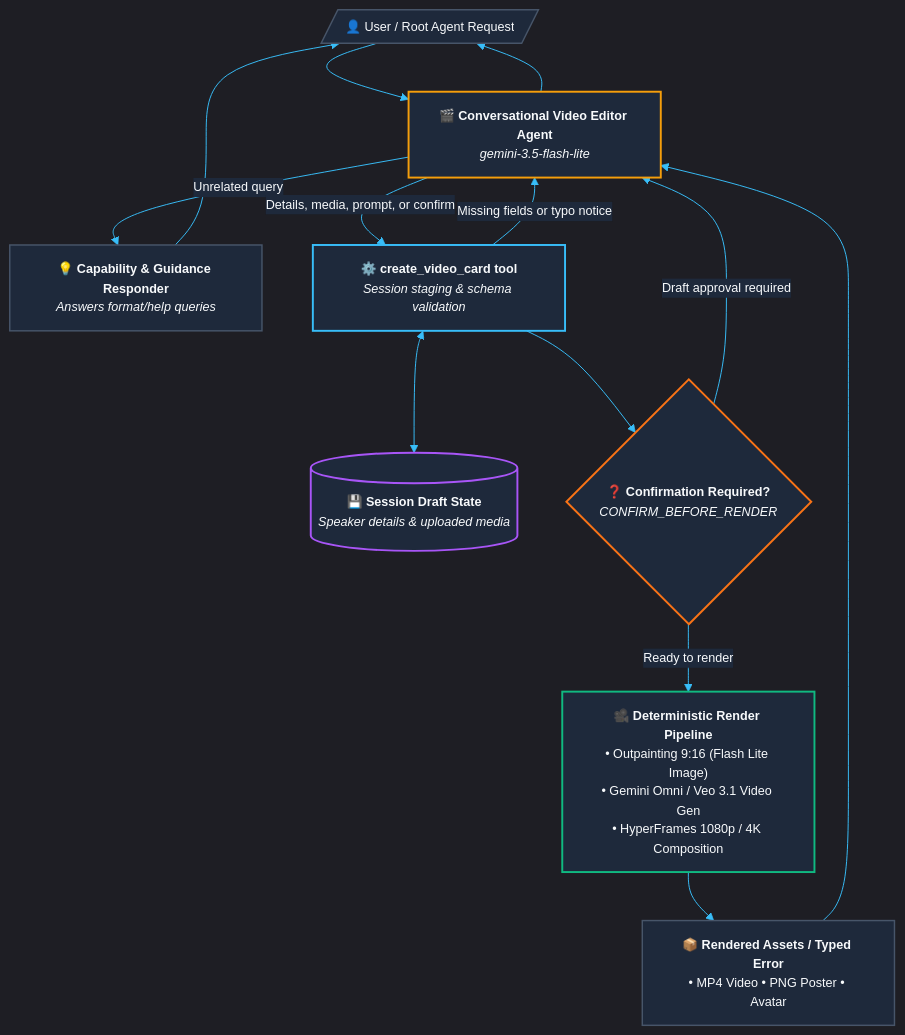
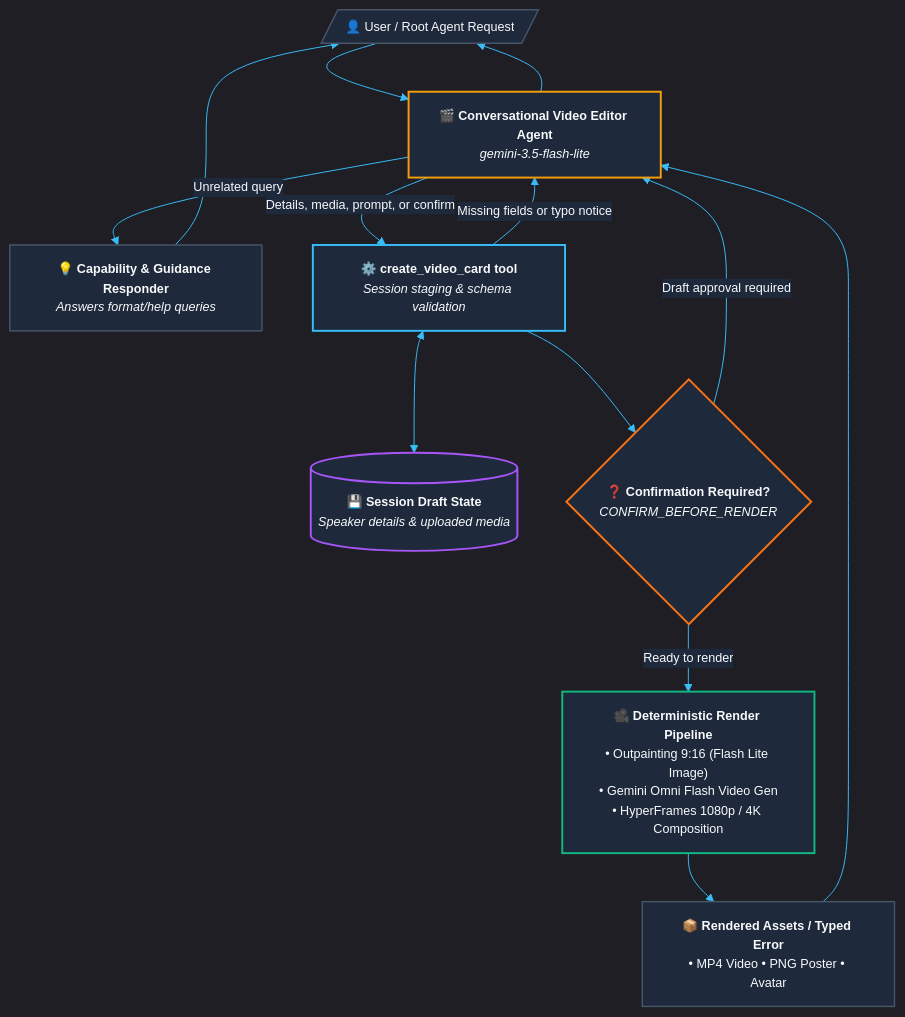
One commit to aplachykau-git/gdg_agents changed the diagram in agents/video_editor/docs/video_editor_dag.mmd. Above: the diagram before and after it, drawn with Mermaid. The commit also changed 22 other files, not shown here.

```diff
--- a/agents/video_editor/docs/video_editor_dag.mmd
+++ b/agents/video_editor/docs/video_editor_dag.mmd
@@ -1,58 +1,58 @@
 %%{init: {
   'theme': 'dark',
   'themeVariables': {
     'darkMode': true,
     'background': '#0f172a',
     'primaryColor': '#1e293b',
     'primaryTextColor': '#f8fafc',
     'primaryBorderColor': '#f59e0b',
     'lineColor': '#38bdf8',
     'textColor': '#f8fafc',
     'fontSize': '13px',
     'fontFamily': 'Inter, system-ui, -apple-system, sans-serif',
     'clusterBkg': '#131926',
     'clusterBorder': '#334155',
     'edgeLabelBackground': '#1e293b',
     'tertiaryColor': '#1e293b',
     'tertiaryBorderColor': '#334155',
     'nodeBorder': '#38bdf8',
     'mainBkg': '#1e293b',
     'nodeTextColor': '#f8fafc'
   }
 }}%%
 
 flowchart TD
     User[/"👤 User / Root Agent Request"/]
     Agent["🎬 <b>Conversational Video Editor Agent</b><br/><i>gemini-3.5-flash-lite</i>"]
     Help["💡 <b>Capability & Guidance Responder</b><br/><i>Answers format/help queries</i>"]
     Tool["⚙️ <b>create_video_card tool</b><br/><i>Session staging & schema validation</i>"]
     Draft[("💾 <b>Session Draft State</b><br/><i>Speaker details & uploaded media</i>")]
     Confirm{"❓ <b>Confirmation Required?</b><br/><i>CONFIRM_BEFORE_RENDER</i>"}
-    Render["🎥 <b>Deterministic Render Pipeline</b><br/>• Outpainting 9:16 (Flash Lite Image)<br/>• Gemini Omni / Veo 3.1 Video Gen<br/>• HyperFrames 1080p / 4K Composition"]
+    Render["🎥 <b>Deterministic Render Pipeline</b><br/>• Outpainting 9:16 (Flash Lite Image)<br/>• Gemini Omni Flash Video Gen<br/>• HyperFrames 1080p / 4K Composition"]
     Result["📦 <b>Rendered Assets / Typed Error</b><br/>• MP4 Video • PNG Poster • Avatar"]
 
     User --> Agent
     Agent -->|Unrelated query| Help
     Help --> User
     Agent -->|Details, media, prompt, or confirm| Tool
     Tool <--> Draft
     Tool -->|Missing fields or typo notice| Agent
     Tool --> Confirm
     Confirm -->|Draft approval required| Agent
     Confirm -->|Ready to render| Render
     Render --> Result
     Result --> Agent
     Agent --> User
 
     classDef default fill:#1e293b,stroke:#475569,stroke-width:1.5px,color:#f8fafc;
     classDef agentNode fill:#1e293b,stroke:#f59e0b,stroke-width:2px,color:#f8fafc;
     classDef toolNode fill:#1e293b,stroke:#38bdf8,stroke-width:2px,color:#f8fafc;
     classDef renderNode fill:#1e293b,stroke:#10b981,stroke-width:2px,color:#f8fafc;
     classDef stateNode fill:#1e293b,stroke:#a855f7,stroke-width:2px,color:#f8fafc;
     classDef decisionNode fill:#1e293b,stroke:#f97316,stroke-width:2px,color:#f8fafc;
 
     class Agent agentNode;
     class Tool toolNode;
     class Render renderNode;
     class Draft stateNode;
     class Confirm decisionNode;
```
